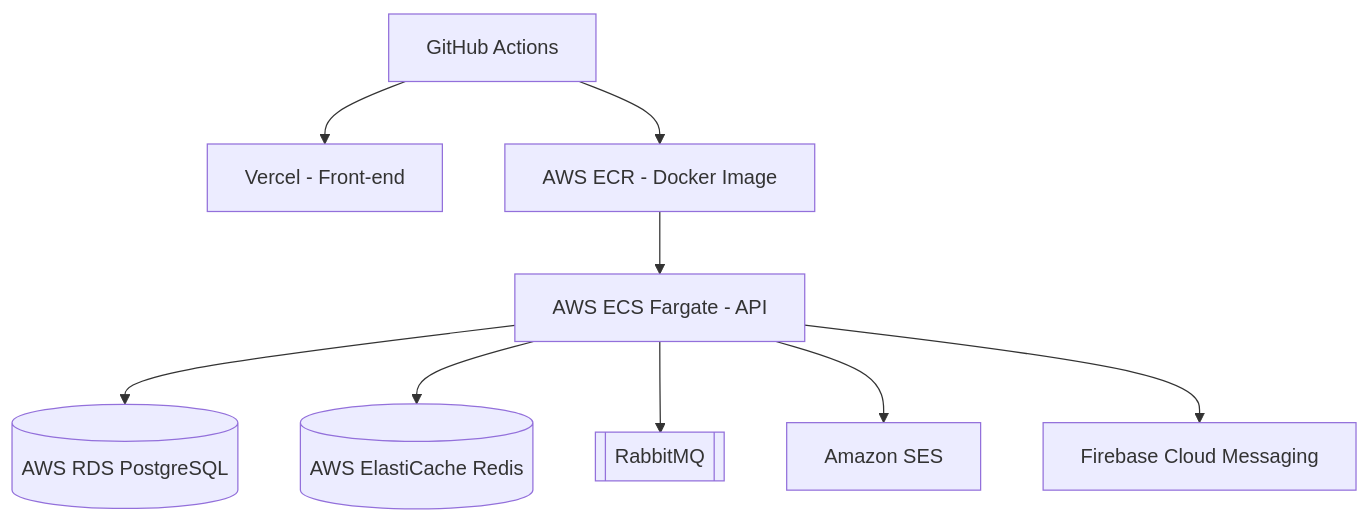
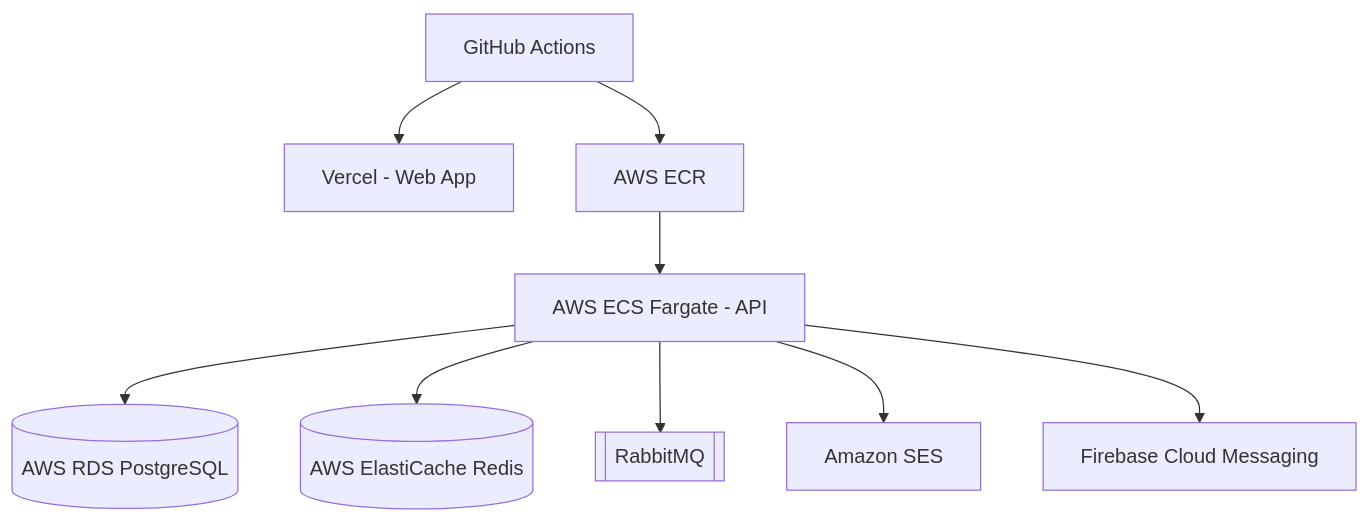
The third of 3 diagrams in README.md (Pedroh26ES/FoodStack-Arquitetura), drawn with Mermaid before and after one commit. The commit also changed other lines of this file, not shown here.

````diff
--- a/README.md
+++ b/README.md
@@ -654,11 +644,11 @@
 ```mermaid
 flowchart TB
-    GH[GitHub Actions] --> Vercel[Vercel - Front-end]
-    GH --> ECR[AWS ECR - Docker Image]
+    GitHub[GitHub Actions] --> Vercel[Vercel - Web App]
+    GitHub --> ECR[AWS ECR]
     ECR --> ECS[AWS ECS Fargate - API]
     ECS --> RDS[(AWS RDS PostgreSQL)]
     ECS --> Redis[(AWS ElastiCache Redis)]
     ECS --> MQ[[RabbitMQ]]
     ECS --> SES[Amazon SES]
     ECS --> FCM[Firebase Cloud Messaging]
 ```
````
